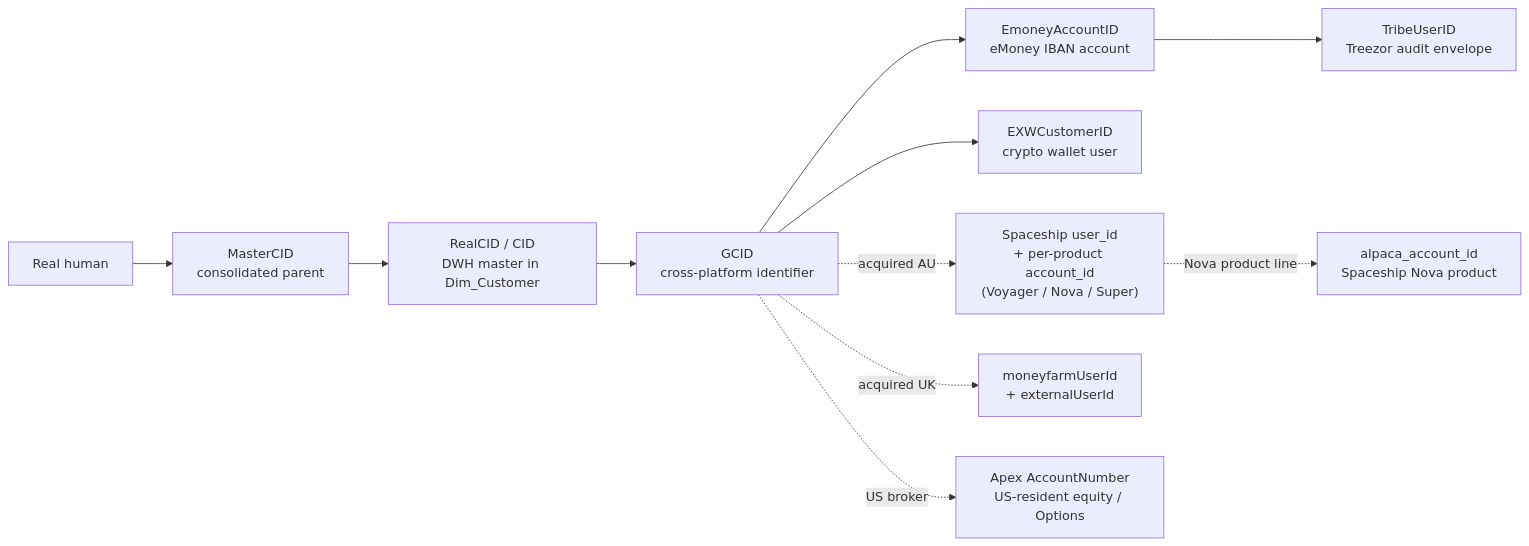
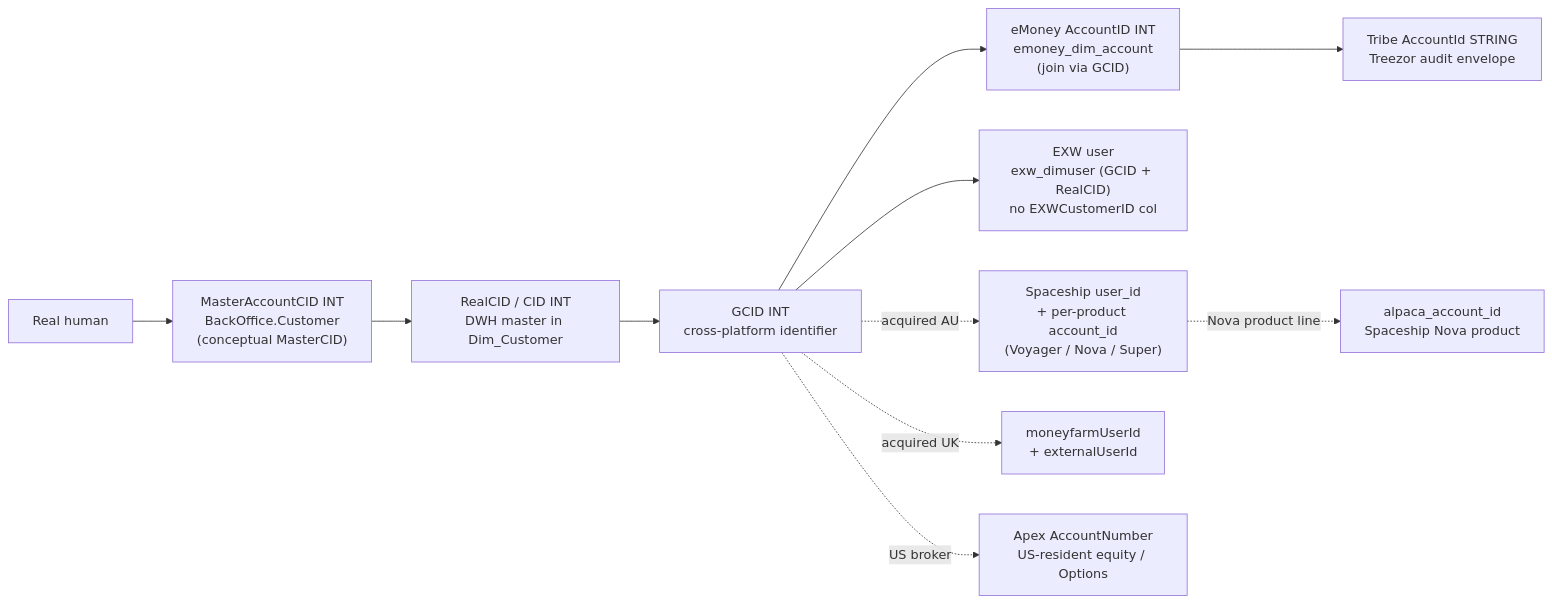
One commit to guyman-tr/Databricks_Knowledge changed the diagram in knowledge/skills/domain-customer-and-identity/SKILL.md. Above: the diagram before and after it, drawn with Mermaid. The commit also changed other lines of this file, not shown here.

First line of the commit message:
domain-customer-and-identity/SKILL v1 -> v2: align router with v2 sub-skills

````diff
--- a/knowledge/skills/domain-customer-and-identity/SKILL.md
+++ b/knowledge/skills/domain-customer-and-identity/SKILL.md
@@ -152,25 +164,25 @@
 ```mermaid
 graph LR
     Human["Real human"]
-    Master["MasterCID<br/>consolidated parent"]
-    DWH["RealCID / CID<br/>DWH master in Dim_Customer"]
-    GCID["GCID<br/>cross-platform identifier"]
-    EM["EmoneyAccountID<br/>eMoney IBAN account"]
-    EXW["EXWCustomerID<br/>crypto wallet user"]
-    Tribe["TribeUserID<br/>Treezor audit envelope"]
+    Master["MasterAccountCID INT<br/>BackOffice.Customer<br/>(conceptual MasterCID)"]
+    DWH["RealCID / CID INT<br/>DWH master in Dim_Customer"]
+    GCID["GCID INT<br/>cross-platform identifier"]
+    EM["eMoney AccountID INT<br/>emoney_dim_account<br/>(join via GCID)"]
+    EXW["EXW user<br/>exw_dimuser (GCID + RealCID)<br/>no EXWCustomerID col"]
+    Tribe["Tribe AccountId STRING<br/>Treezor audit envelope"]
     SS["Spaceship user_id<br/>+ per-product account_id<br/>(Voyager / Nova / Super)"]
     MF["moneyfarmUserId<br/>+ externalUserId"]
     Apex["Apex AccountNumber<br/>US-resident equity / Options"]
     Alpaca["alpaca_account_id<br/>Spaceship Nova product"]
 
     Human --> Master
     Master --> DWH
     DWH --> GCID
     GCID --> EM
     GCID --> EXW
     EM --> Tribe
     GCID -.acquired AU.-> SS
     GCID -.acquired UK.-> MF
     GCID -.US broker.-> Apex
     SS -.Nova product line.-> Alpaca
 ```
````
